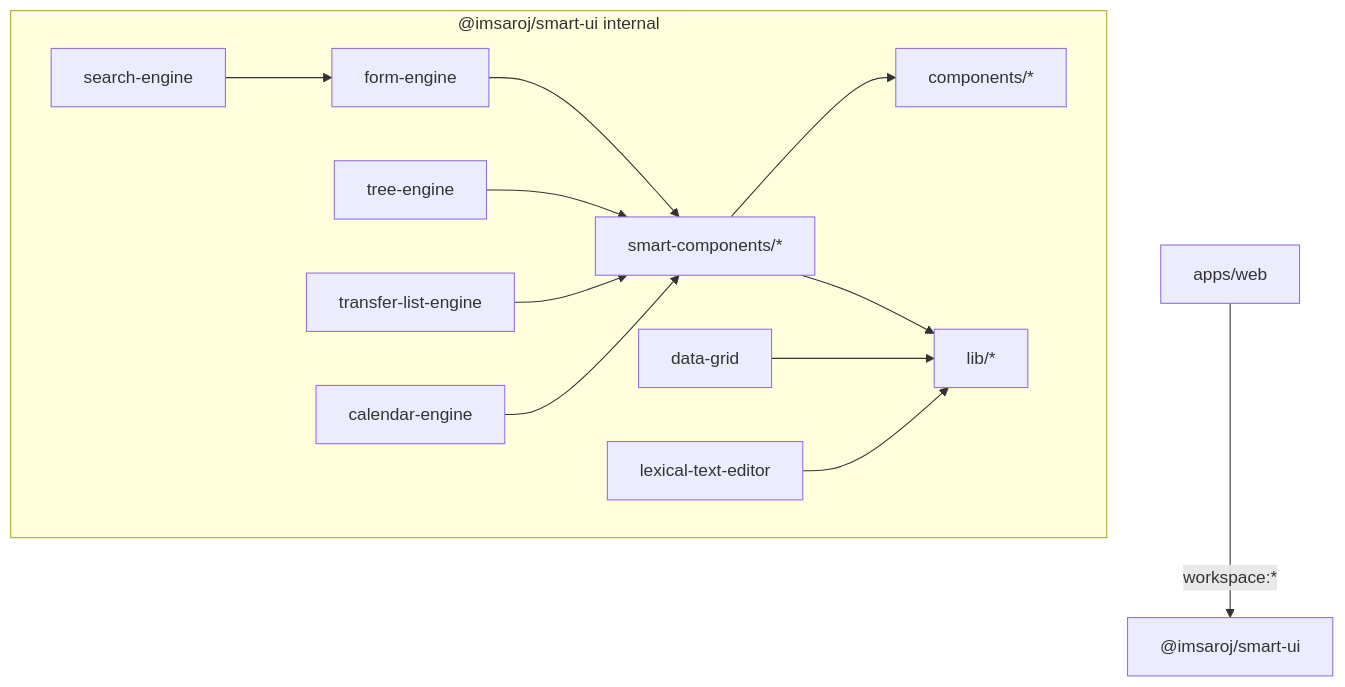
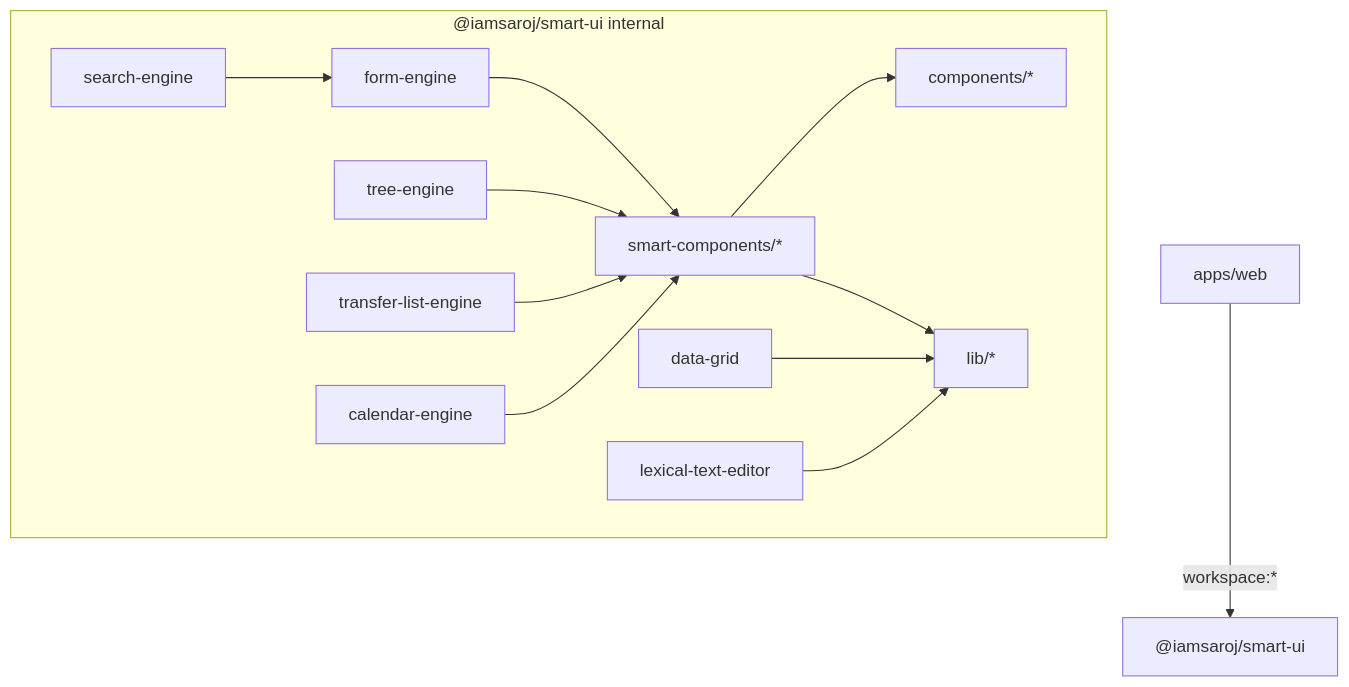
One commit to imsaroj/automatic-octo-fiesta changed the second of 12 diagrams in ARCHITECTURE.md. Above: the diagram before and after it, drawn with Mermaid. The commit also changed other lines of this file and 245 other files, not shown here.

First line of the commit message:
fix: publish under @iamsaroj scope — npm username is iamsaroj, not imsaroj

````diff
--- a/ARCHITECTURE.md
+++ b/ARCHITECTURE.md
@@ -271,27 +271,27 @@
 ```mermaid
 flowchart TD
-  web["apps/web"] -->|workspace:*| ui["@imsaroj/smart-ui"]
+  web["apps/web"] -->|workspace:*| ui["@iamsaroj/smart-ui"]
 
-  subgraph ui_internal["@imsaroj/smart-ui internal"]
+  subgraph ui_internal["@iamsaroj/smart-ui internal"]
     lib["lib/*"]
     comp["components/*"]
     smart["smart-components/*"]
     form["form-engine"]
     search["search-engine"]
     grid["data-grid"]
     tree["tree-engine"]
     transfer["transfer-list-engine"]
     cal["calendar-engine"]
     editor["lexical-text-editor"]
   end
 
   smart --> comp
   smart --> lib
   form --> smart
   search --> form
   grid --> lib
   tree --> smart
   transfer --> smart
   cal --> smart
   editor --> lib
 ```
````
